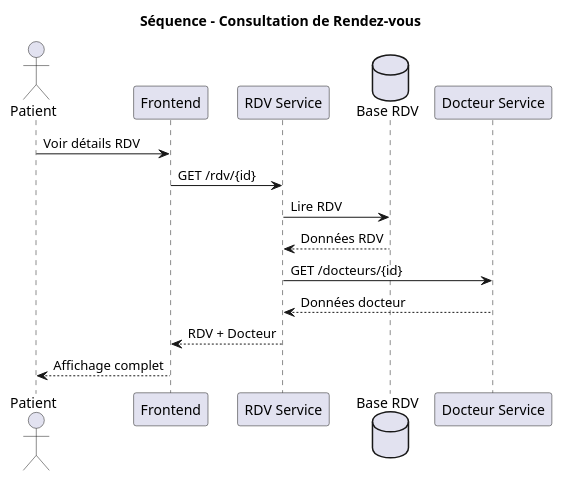
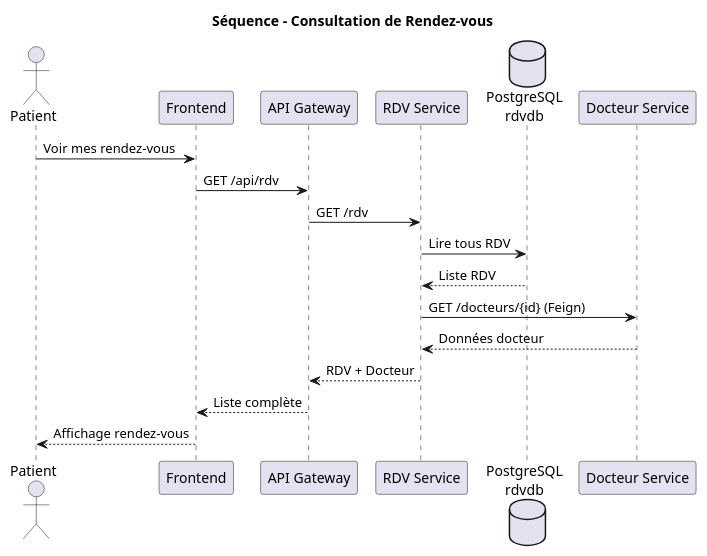
One commit to sohaibmokhliss/microservices-medical-appointment changed the diagram in diagrams/4-sequence-consultation-rdv.puml. Above: the diagram before and after it, drawn with PlantUML. The commit also changed 89 other files, not shown here.

Commit message:
Complete microservices implementation with JWT auth, API Gateway, RabbitMQ notifications, and PostgreSQL

```diff
--- a/diagrams/4-sequence-consultation-rdv.puml
+++ b/diagrams/4-sequence-consultation-rdv.puml
@@ -1,23 +1,26 @@
 @startuml Consultation de Rendez-vous
 
 skinparam backgroundColor white
 title Séquence - Consultation de Rendez-vous
 
 actor Patient
 participant Frontend
+participant "API Gateway" as GW
 participant "RDV Service" as RDV
-database "Base RDV" as DB
+database "PostgreSQL\nrdvdb" as DB
 participant "Docteur Service" as DOC
 
-Patient -> Frontend : Voir détails RDV
-Frontend -> RDV : GET /rdv/{id}
-RDV -> DB : Lire RDV
-DB --> RDV : Données RDV
+Patient -> Frontend : Voir mes rendez-vous
+Frontend -> GW : GET /api/rdv
+GW -> RDV : GET /rdv
+RDV -> DB : Lire tous RDV
+DB --> RDV : Liste RDV
 
-RDV -> DOC : GET /docteurs/{id}
+RDV -> DOC : GET /docteurs/{id} (Feign)
 DOC --> RDV : Données docteur
 
-RDV --> Frontend : RDV + Docteur
-Frontend --> Patient : Affichage complet
+RDV --> GW : RDV + Docteur
+GW --> Frontend : Liste complète
+Frontend --> Patient : Affichage rendez-vous
 
 @enduml
```
